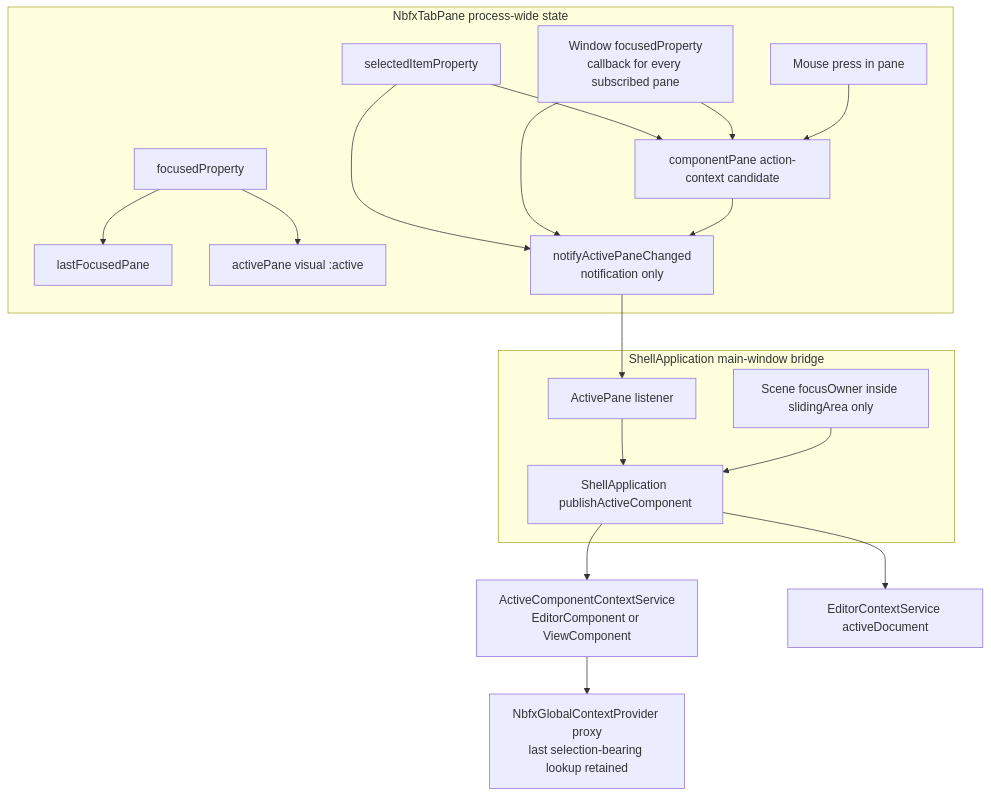
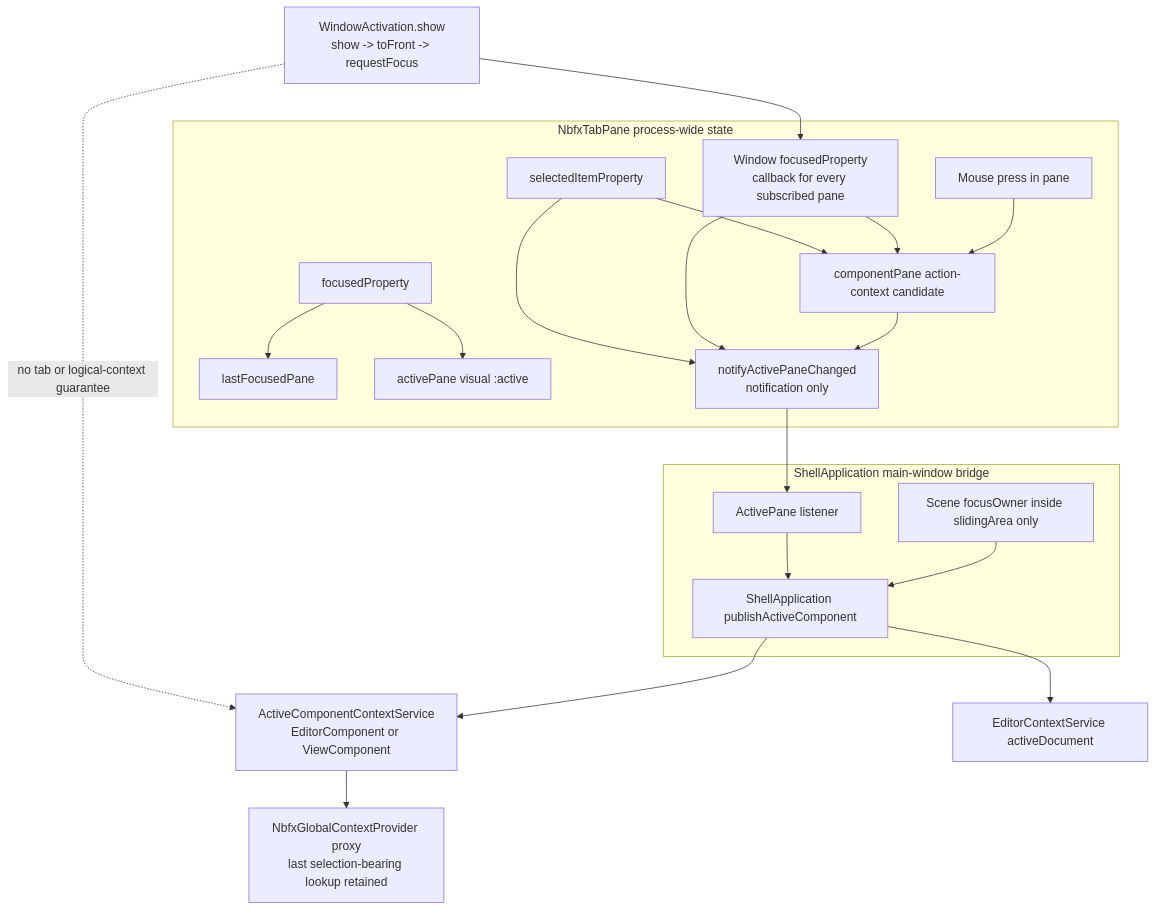
Before and after one commit to svenreimers/nbfx: the second of 2 diagrams in docs/manual/cjap-shell-ui/21-threading-focus-and-accessibility.md, drawn with Mermaid. The commit also changed other lines of this file and 26 other files, not shown here.

````diff
--- a/docs/manual/cjap-shell-ui/21-threading-focus-and-accessibility.md
+++ b/docs/manual/cjap-shell-ui/21-threading-focus-and-accessibility.md
@@ -191,38 +193,41 @@
 ```mermaid
 flowchart TD
     subgraph Pane[NbfxTabPane process-wide state]
         LF[lastFocusedPane]
         AP[activePane visual :active]
         CP[componentPane action-context candidate]
         SEL[selectedItemProperty]
         FOC[focusedProperty]
         WF[Window focusedProperty\ncallback for every subscribed pane]
         MOUSE[Mouse press in pane]
         NOTIFY[notifyActivePaneChanged\nnotification only]
     end
 
     subgraph Shell[ShellApplication main-window bridge]
         LISTEN[ActivePane listener]
         FOCUS[Scene focusOwner inside slidingArea only]
         PUB[ShellApplication publishActiveComponent]
     end
 
+    ACT[WindowActivation.show\nshow -> toFront -> requestFocus]
     ACC[ActiveComponentContextService\nEditorComponent or ViewComponent]
     ED[EditorContextService activeDocument]
     GLOBAL[NbfxGlobalContextProvider proxy\nlast selection-bearing lookup retained]
 
+    ACT --> WF
+    ACT -. no tab or logical-context guarantee .-> ACC
     SEL --> CP
     SEL --> NOTIFY
     FOC --> LF
     FOC --> AP
     WF --> CP
     WF --> NOTIFY
     MOUSE --> CP
     CP --> NOTIFY
     NOTIFY --> LISTEN
     LISTEN --> PUB
     FOCUS --> PUB
     PUB --> ACC
     PUB --> ED
     ACC --> GLOBAL
 ```
````
